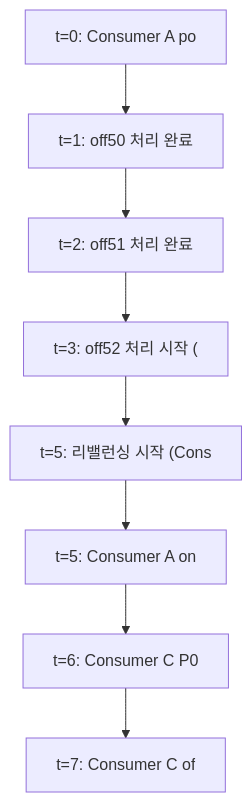
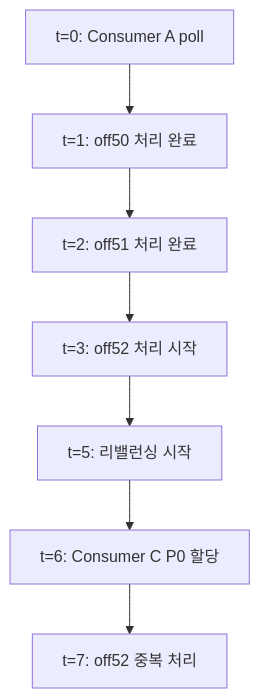
The sixth of 21 diagrams in _posts/kafka/2026-05-01-kafka-extreme-scenarios.md (yjkim2015/yjkim2015.github.io), drawn with Mermaid before and after one commit. The commit also changed other lines of this file and 155 other files, not shown here.

First line of the commit message:
Mermaid 전면 수정: subgraph 제거, participant/노드/줄수 축소 (342블록)

````diff
--- a/_posts/kafka/2026-05-01-kafka-extreme-scenarios.md
+++ b/_posts/kafka/2026-05-01-kafka-extreme-scenarios.md
@@ -113,12 +106,11 @@
 ```mermaid
 graph TD
-    T0["t=0: Consumer A po"]
+    T0["t=0: Consumer A poll"]
     T1["t=1: off50 처리 완료"]
     T2["t=2: off51 처리 완료"]
-    T3["t=3: off52 처리 시작 ("]
-    T5A["t=5: 리밸런싱 시작 (Cons"]
-    T5B["t=5: Consumer A on"]
-    T6["t=6: Consumer C P0"]
-    T7["t=7: Consumer C of"]
-    T0 --> T1 --> T2 --> T3 --> T5A --> T5B --> T6 --> T7
+    T3["t=3: off52 처리 시작"]
+    T5["t=5: 리밸런싱 시작"]
+    T6["t=6: Consumer C P0 할당"]
+    T7["t=7: off52 중복 처리"]
+    T0 --> T1 --> T2 --> T3 --> T5 --> T6 --> T7
 ```
````
